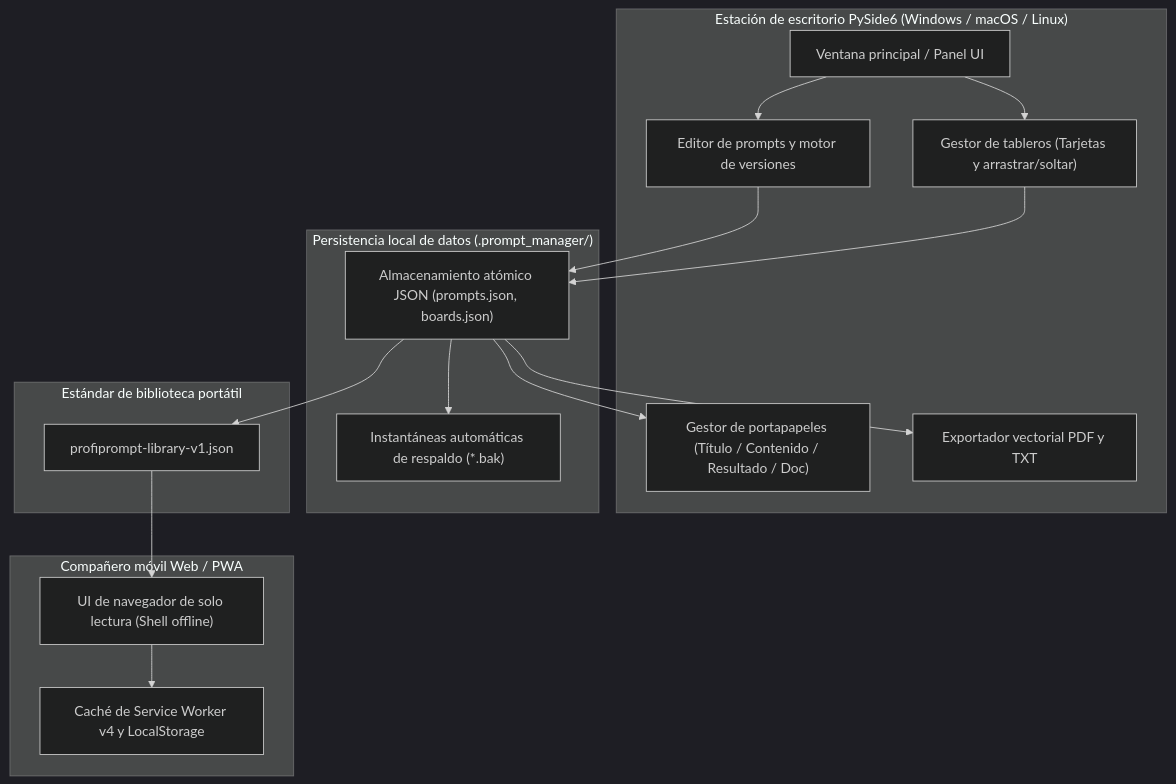
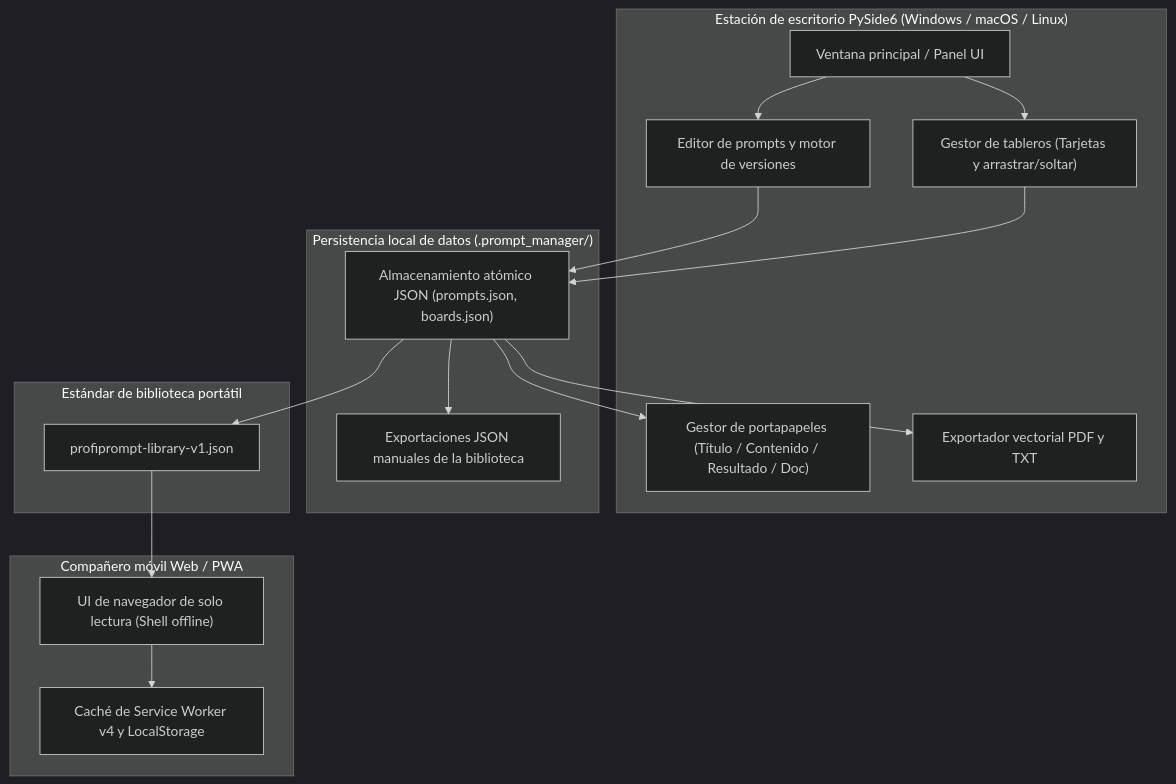
Before and after one commit to file-bricks/ProfiPrompt: the first of 2 diagrams in README_es.md, drawn with Mermaid (dark theme). The commit also changed other lines of this file and 78 other files, not shown here.

````diff
--- a/README_es.md
+++ b/README_es.md
@@ -128,35 +128,35 @@
 ```mermaid
 flowchart TD
     subgraph DesktopApp["Estación de escritorio PySide6 (Windows / macOS / Linux)"]
         UI["Ventana principal / Panel UI"]
         BM["Gestor de tableros (Tarjetas y arrastrar/soltar)"]
         PM["Editor de prompts y motor de versiones"]
         CM["Gestor de portapapeles (Título / Contenido / Resultado / Doc)"]
         EX["Exportador vectorial PDF y TXT"]
     end
 
     subgraph Storage["Persistencia local de datos (.prompt_manager/)"]
         JSONStore["Almacenamiento atómico JSON (prompts.json, boards.json)"]
-        BackupStore["Instantáneas automáticas de respaldo (*.bak)"]
+        BackupStore["Exportaciones JSON manuales de la biblioteca"]
     end
 
     subgraph ExportFormat["Estándar de biblioteca portátil"]
         LibJSON["profiprompt-library-v1.json"]
     end
 
     subgraph Companion["Compañero móvil Web / PWA"]
         PWA["UI de navegador de solo lectura (Shell offline)"]
         LocalCache["Caché de Service Worker v4 y LocalStorage"]
     end
 
     UI --> PM
     UI --> BM
     PM --> JSONStore
     BM --> JSONStore
     JSONStore --> BackupStore
     JSONStore --> CM
     JSONStore --> EX
     JSONStore --> LibJSON
     LibJSON --> PWA
     PWA --> LocalCache
 ```
````
